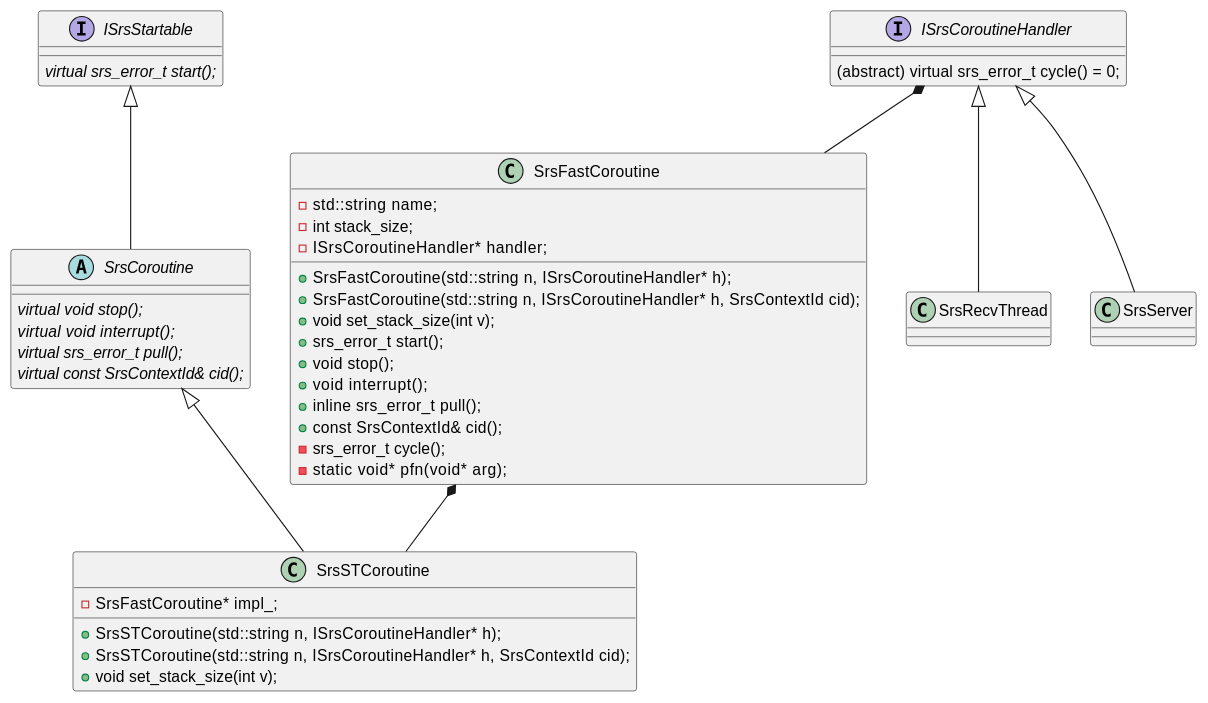
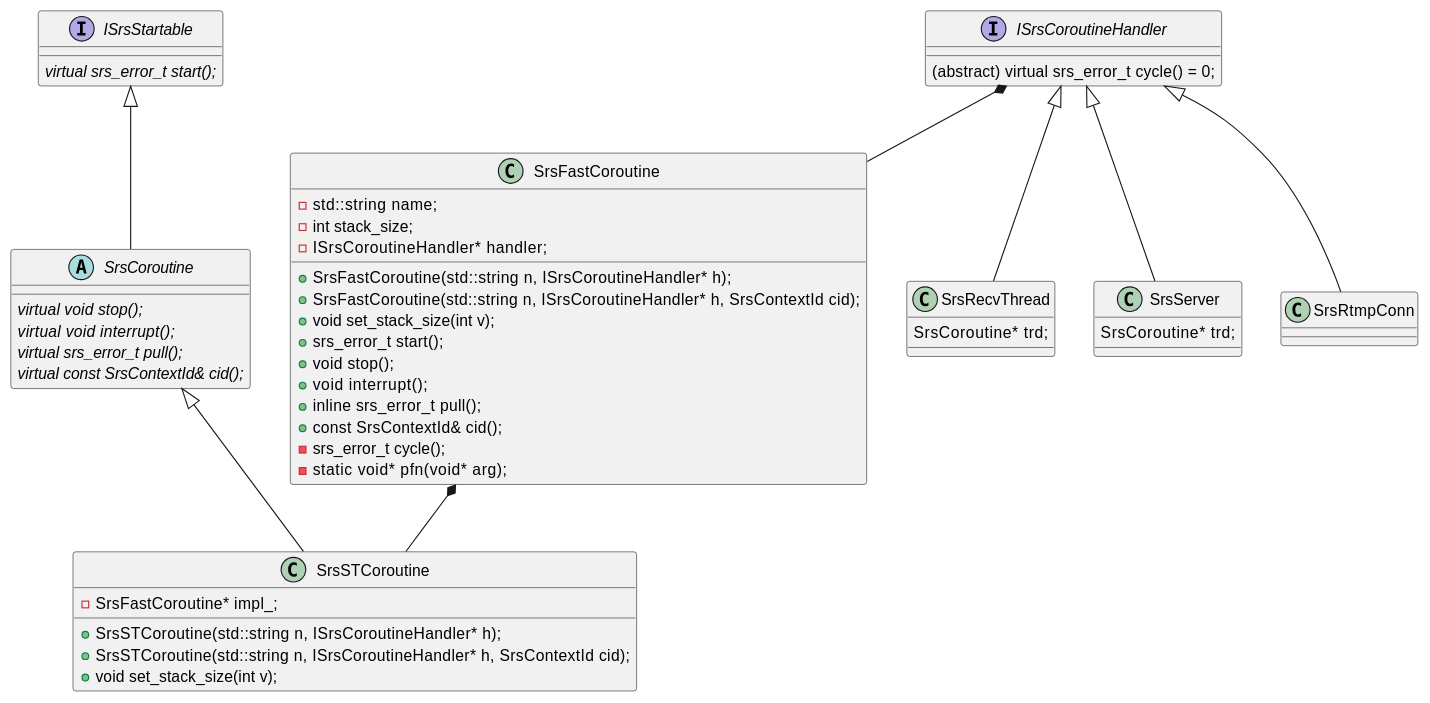
The second of 8 diagrams in srs/srs_struct.md (hz-fengpeng/doc), drawn with PlantUML before and after one commit. The commit also changed other lines of this file and 1 other file, not shown here.

````diff
--- a/srs/srs_struct.md
+++ b/srs/srs_struct.md
@@ -99,57 +107,58 @@
 ```plantuml 
 ISrsStartable <|-- SrsCoroutine
 SrsCoroutine <|-- SrsSTCoroutine
 SrsFastCoroutine  *-- SrsSTCoroutine
 ISrsCoroutineHandler *-- SrsFastCoroutine
 ISrsCoroutineHandler <|-- SrsRecvThread
 ISrsCoroutineHandler <|-- SrsServer
+ISrsCoroutineHandler <|-- SrsRtmpConn
 
 interface ISrsStartable{
    'Start the object, generally a croutine.
    {abstract} virtual srs_error_t start();
 }
 
 interface ISrsCoroutineHandler{
     (abstract) virtual srs_error_t cycle() = 0;
 }
 
 abstract SrsCoroutine{
     ' The corotine object.
     {abstract} virtual void stop();
     {abstract} virtual void interrupt();
     {abstract} virtual srs_error_t pull();
     {abstract} virtual const SrsContextId& cid();
 }
 
 class SrsSTCoroutine{
     - SrsFastCoroutine* impl_;
     + SrsSTCoroutine(std::string n, ISrsCoroutineHandler* h);
     + SrsSTCoroutine(std::string n, ISrsCoroutineHandler* h, SrsContextId cid);
     + void set_stack_size(int v);
 }
 
 class SrsFastCoroutine{
     - std::string name;
     - int stack_size;
     - ISrsCoroutineHandler* handler;
     + SrsFastCoroutine(std::string n, ISrsCoroutineHandler* h);
     + SrsFastCoroutine(std::string n, ISrsCoroutineHandler* h, SrsContextId cid);
     + void set_stack_size(int v);
     + srs_error_t start();
     + void stop();
     + void interrupt();
     + inline srs_error_t pull();
     + const SrsContextId& cid();
     - srs_error_t cycle();
     - static void* pfn(void* arg);
 }
 
 class SrsRecvThread{
-
+    SrsCoroutine* trd;
 }
 
 class SrsServer{
-
+    SrsCoroutine* trd;
 }
 
 ```
````
